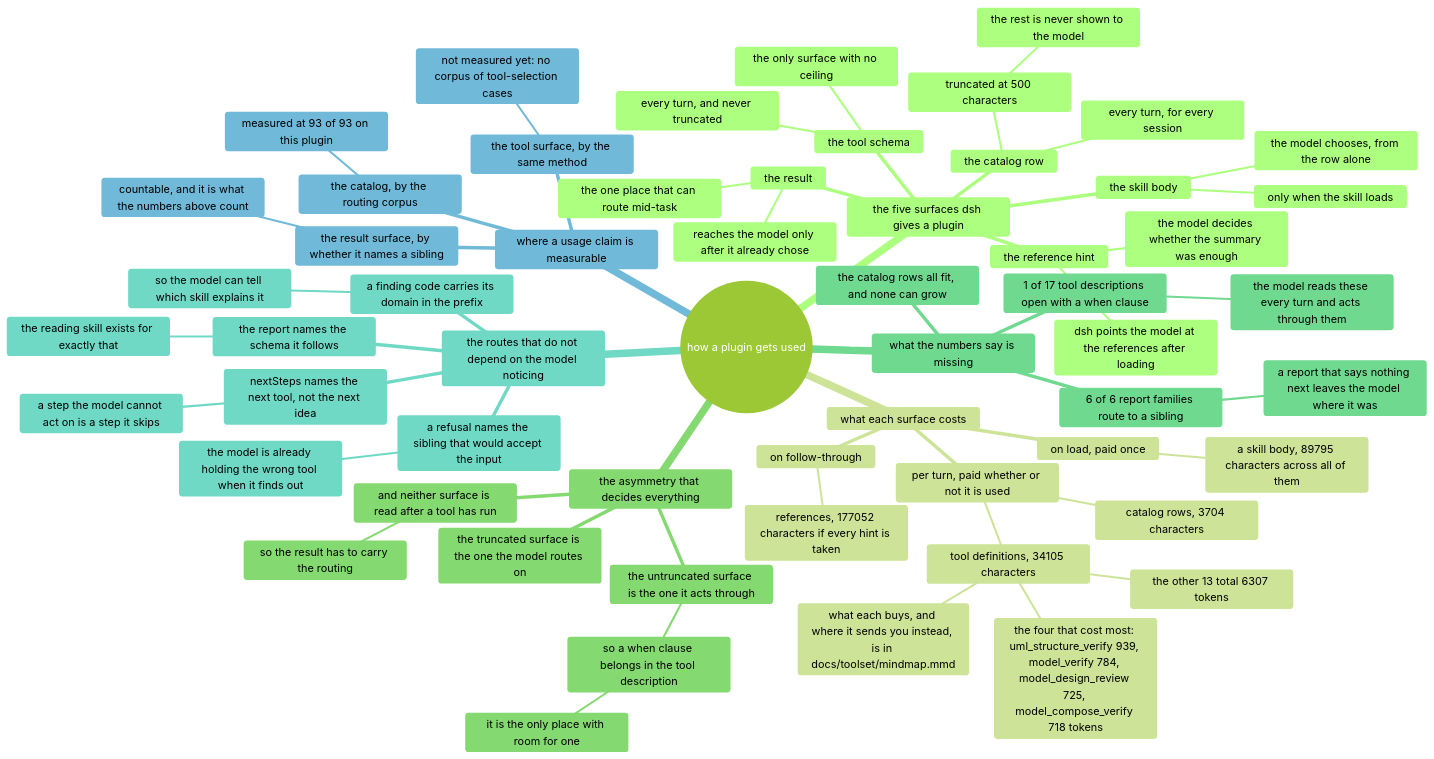
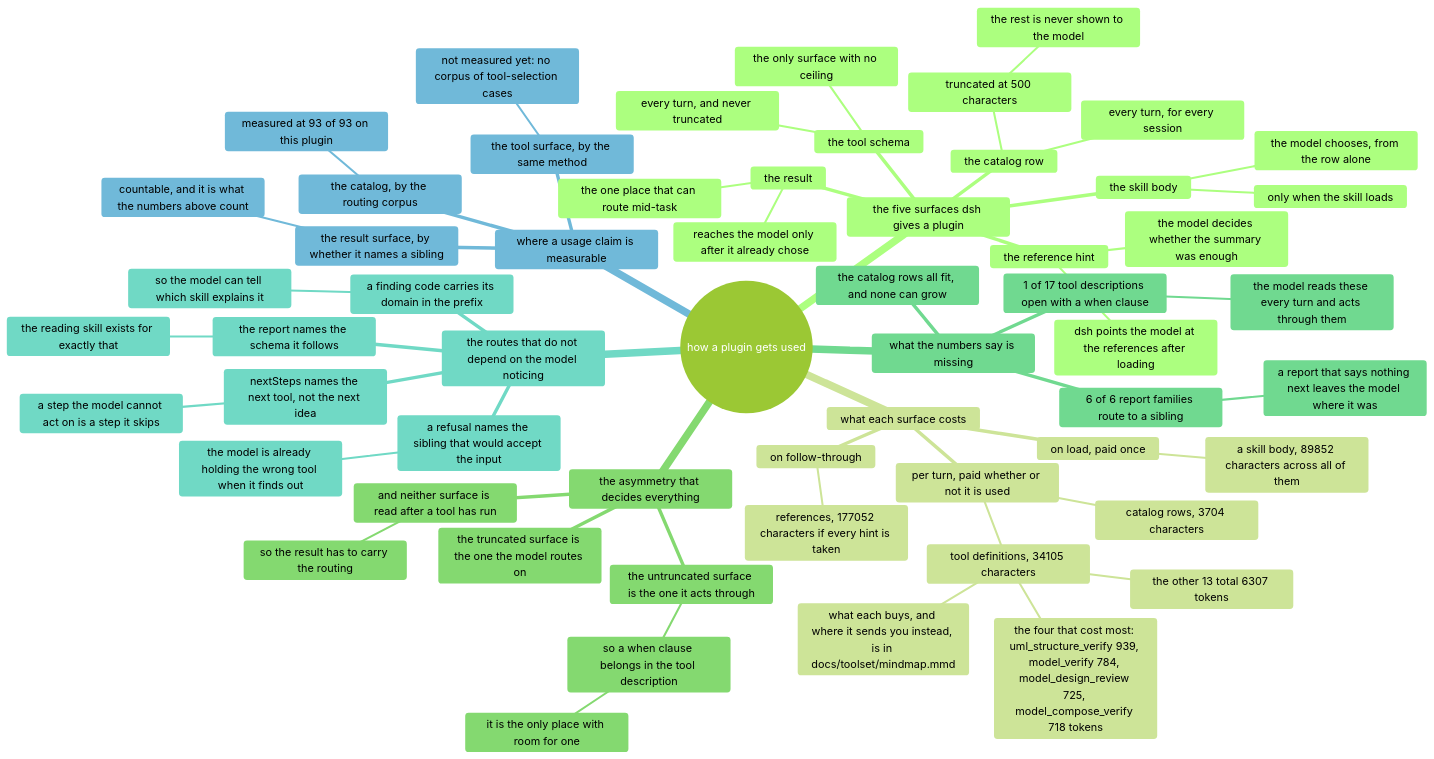
One commit to AmethystLuna/dsh-model-everything changed the diagram in docs/usage/mindmap.mmd. Above: the diagram before and after it, drawn with Mermaid (forest theme). The commit also changed 18 other files, not shown here.

```diff
--- a/docs/usage/mindmap.mmd
+++ b/docs/usage/mindmap.mmd
@@ -1,59 +1,59 @@
 mindmap
 root((how a plugin gets used))
   the five surfaces dsh gives a plugin
     the catalog row
       every turn, for every session
       truncated at 500 characters
         the rest is never shown to the model
     the skill body
       only when the skill loads
       the model chooses, from the row alone
     the reference hint
       dsh points the model at the references after loading
       the model decides whether the summary was enough
     the tool schema
       every turn, and never truncated
       the only surface with no ceiling
     the result
       reaches the model only after it already chose
       the one place that can route mid-task
   what each surface costs
     per turn, paid whether or not it is used
       catalog rows, 3704 characters
       tool definitions, 34105 characters
         the four that cost most: uml_structure_verify 939, model_verify 784, model_design_review 725, model_compose_verify 718 tokens
         the other 13 total 6307 tokens
         what each buys, and where it sends you instead, is in docs/toolset/mindmap.mmd
     on load, paid once
-      a skill body, 89795 characters across all of them
+      a skill body, 89852 characters across all of them
     on follow-through
       references, 177052 characters if every hint is taken
   the asymmetry that decides everything
     the truncated surface is the one the model routes on
     the untruncated surface is the one it acts through
       so a when clause belongs in the tool description
         it is the only place with room for one
     and neither surface is read after a tool has run
       so the result has to carry the routing
   what the numbers say is missing
     1 of 17 tool descriptions open with a when clause
       the model reads these every turn and acts through them
     6 of 6 report families route to a sibling
       a report that says nothing next leaves the model where it was
     the catalog rows all fit, and none can grow
   the routes that do not depend on the model noticing
     a refusal names the sibling that would accept the input
       the model is already holding the wrong tool when it finds out
     nextSteps names the next tool, not the next idea
       a step the model cannot act on is a step it skips
     a finding code carries its domain in the prefix
       so the model can tell which skill explains it
     the report names the schema it follows
       the reading skill exists for exactly that
   where a usage claim is measurable
     the catalog, by the routing corpus
       measured at 93 of 93 on this plugin
     the tool surface, by the same method
       not measured yet: no corpus of tool-selection cases
     the result surface, by whether it names a sibling
       countable, and it is what the numbers above count
```
